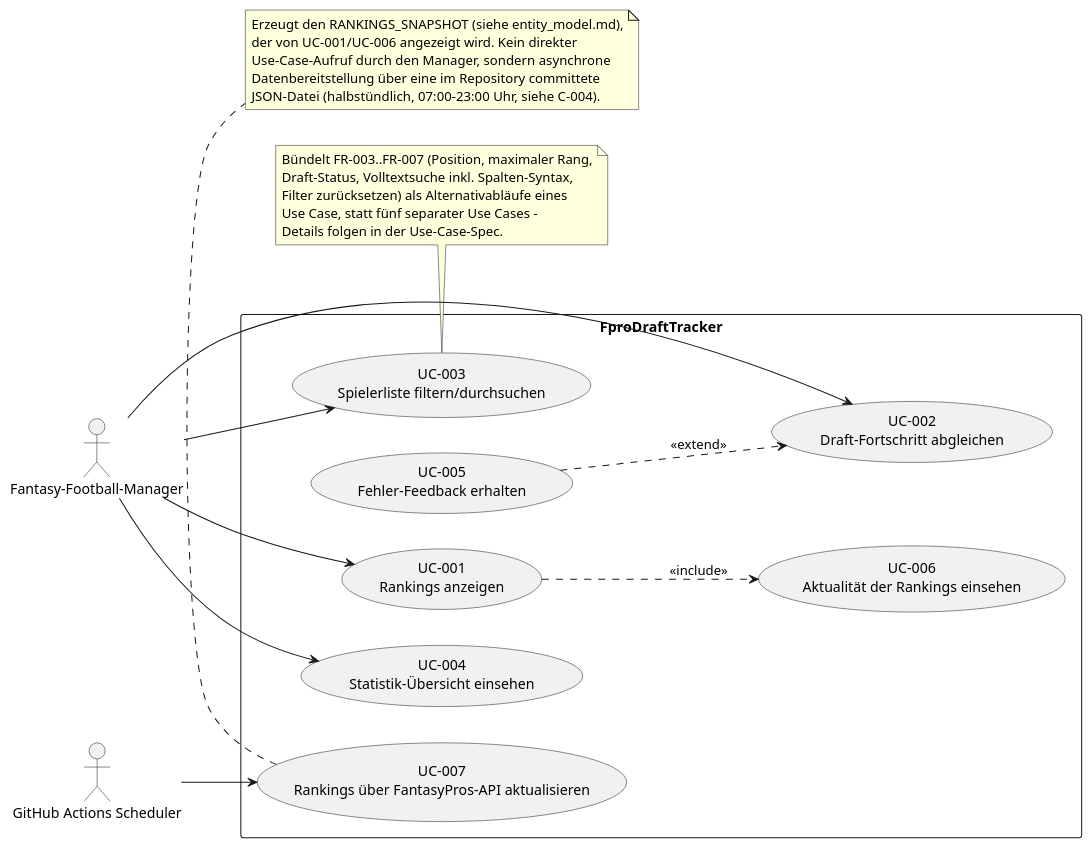
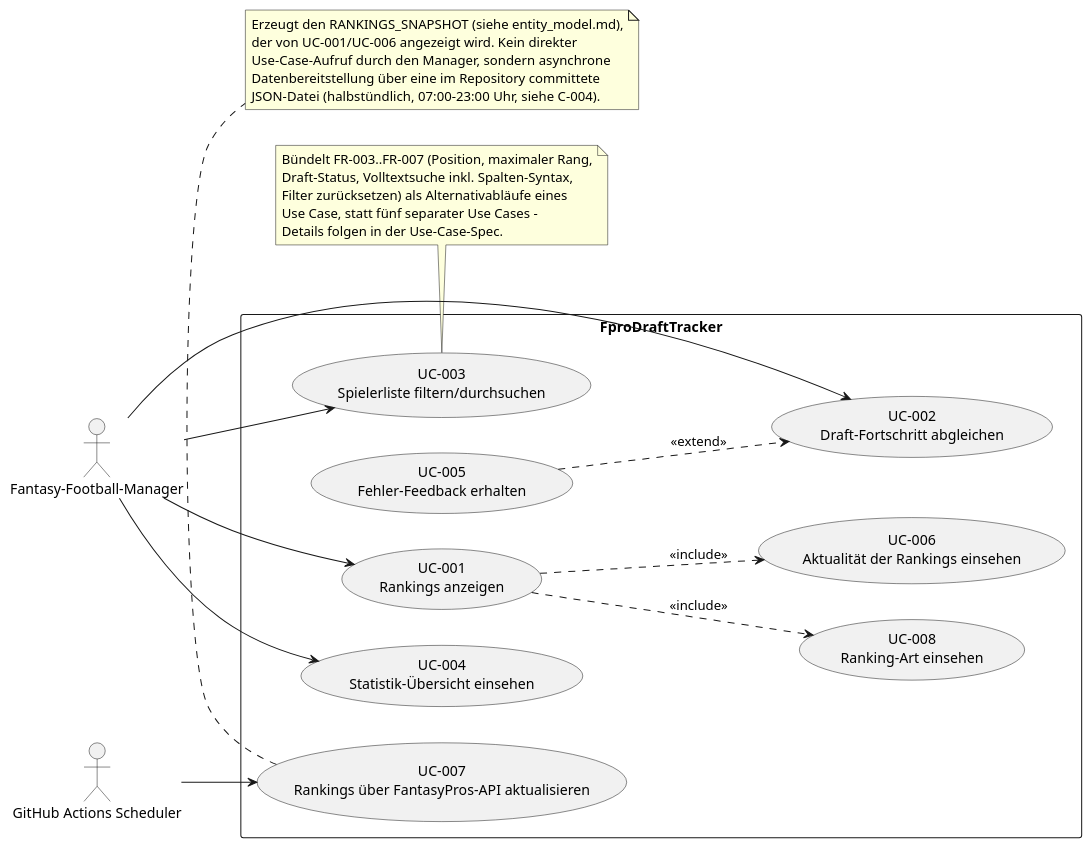
The diagram in docs/use_cases.puml (boesee/FproDraftTracker), drawn with PlantUML before and after one commit. The commit also changed 12 other files, not shown here.

```diff
--- a/docs/use_cases.puml
+++ b/docs/use_cases.puml
@@ -1,43 +1,45 @@
 @startuml Use Cases Overview
 left to right direction
 
 actor "Fantasy-Football-Manager" as manager
 actor "GitHub Actions Scheduler" as scheduler
 
 rectangle "FproDraftTracker" {
   usecase "UC-001\nRankings anzeigen" as UC001
   usecase "UC-002\nDraft-Fortschritt abgleichen" as UC002
   usecase "UC-003\nSpielerliste filtern/durchsuchen" as UC003
   usecase "UC-004\nStatistik-Übersicht einsehen" as UC004
   usecase "UC-005\nFehler-Feedback erhalten" as UC005
   usecase "UC-006\nAktualität der Rankings einsehen" as UC006
   usecase "UC-007\nRankings über FantasyPros-API aktualisieren" as UC007
+  usecase "UC-008\nRanking-Art einsehen" as UC008
 }
 
 manager --> UC001
 manager --> UC002
 manager --> UC003
 manager --> UC004
 
 scheduler --> UC007
 
 UC001 ..> UC006 : <<include>>
+UC001 ..> UC008 : <<include>>
 UC005 ..> UC002 : <<extend>>
 
 note bottom of UC003
   Bündelt FR-003..FR-007 (Position, maximaler Rang,
   Draft-Status, Volltextsuche inkl. Spalten-Syntax,
   Filter zurücksetzen) als Alternativabläufe eines
   Use Case, statt fünf separater Use Cases –
   Details folgen in der Use-Case-Spec.
 end note
 
 note bottom of UC007
   Erzeugt den RANKINGS_SNAPSHOT (siehe entity_model.md),
   der von UC-001/UC-006 angezeigt wird. Kein direkter
   Use-Case-Aufruf durch den Manager, sondern asynchrone
   Datenbereitstellung über eine im Repository committete
   JSON-Datei (halbstündlich, 07:00–23:00 Uhr, siehe C-004).
 end note
 
 @enduml
```
